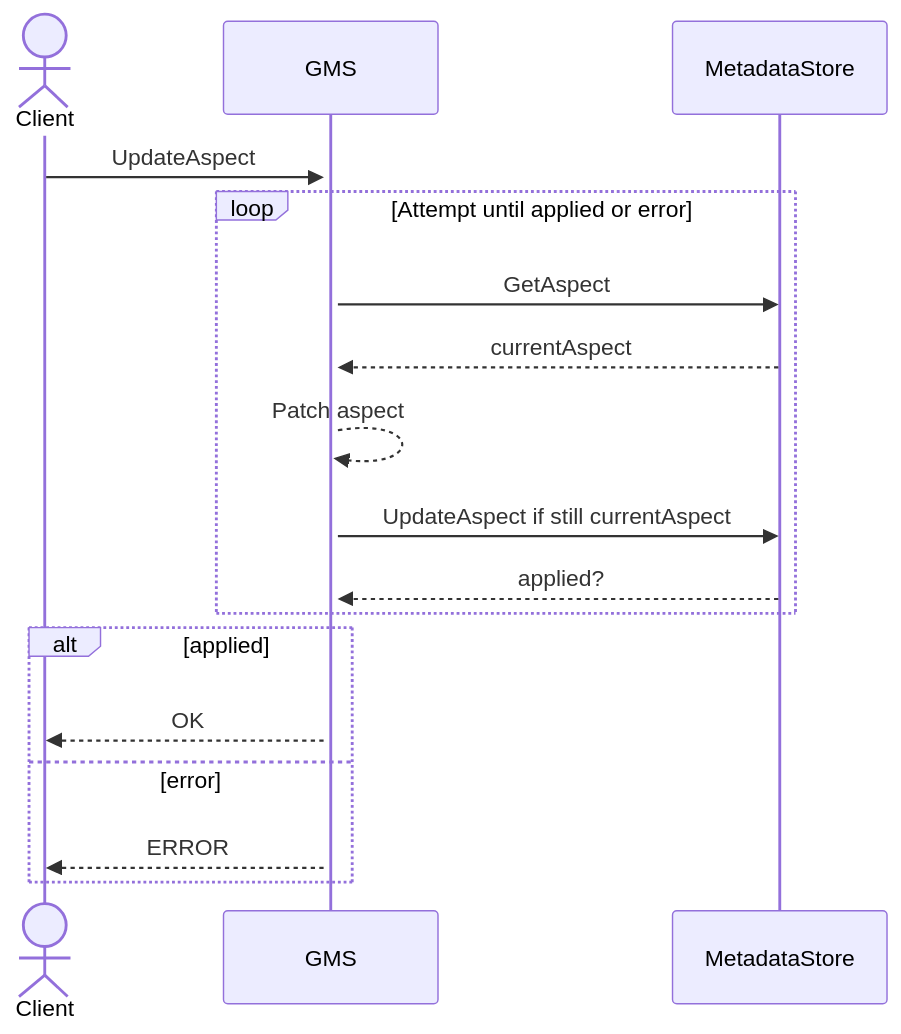
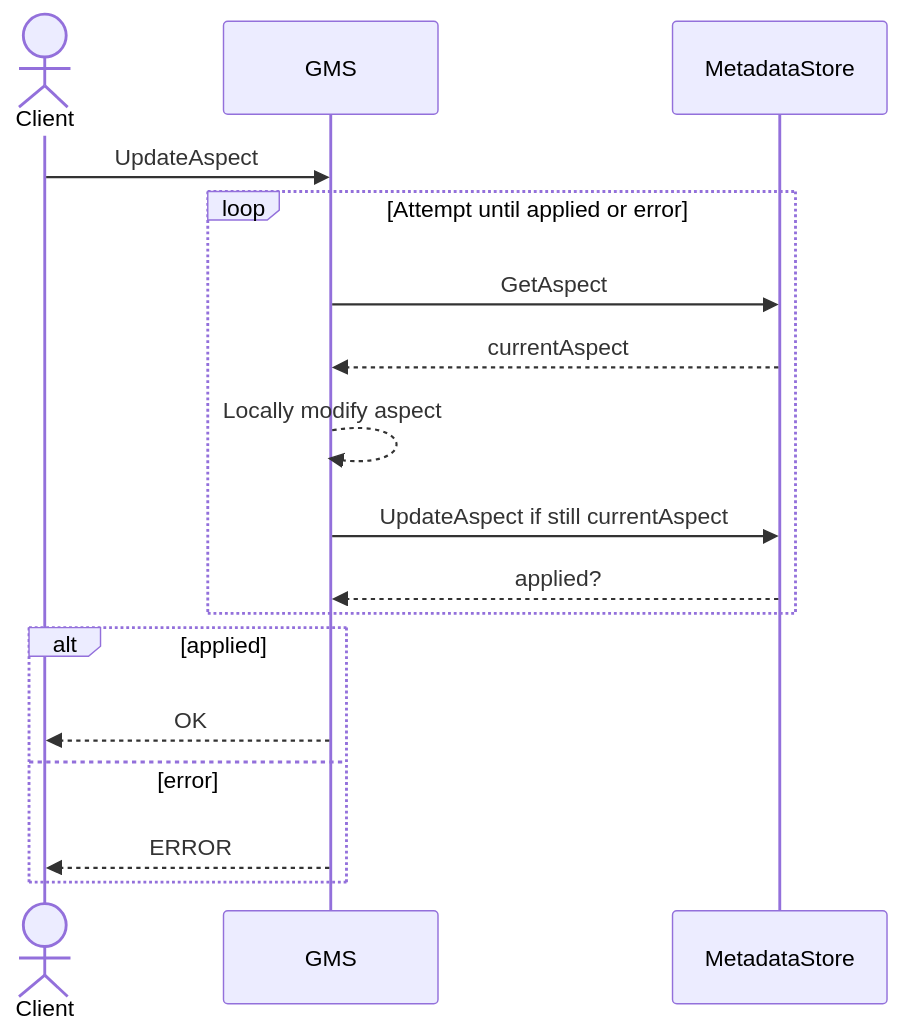
The third of 4 diagrams in docs/rfc/active/5818-serial-updates.md (datahub-project/datahub), drawn with Mermaid before and after one commit. The commit also changed other lines of this file, not shown here.

Commit message:
Small mermaid fixes and consolidate "patch" sections

````diff
--- a/docs/rfc/active/5818-serial-updates.md
+++ b/docs/rfc/active/5818-serial-updates.md
@@ -289,17 +275,17 @@
 ```mermaid
 sequenceDiagram
     actor Client
-    Client->>+GMS: UpdateAspect
+    Client->>GMS: UpdateAspect
     loop Attempt until applied or error
     GMS->>MetadataStore: GetAspect
     MetadataStore-->>GMS: currentAspect
-    GMS-->>GMS: Patch aspect
+    GMS-->>GMS: Locally modify aspect
     GMS->>MetadataStore: UpdateAspect if still currentAspect
     MetadataStore-->>GMS: applied?
     end
     alt applied
         GMS-->>Client: OK
     else error
         GMS-->>Client: ERROR
     end
 ```
````
